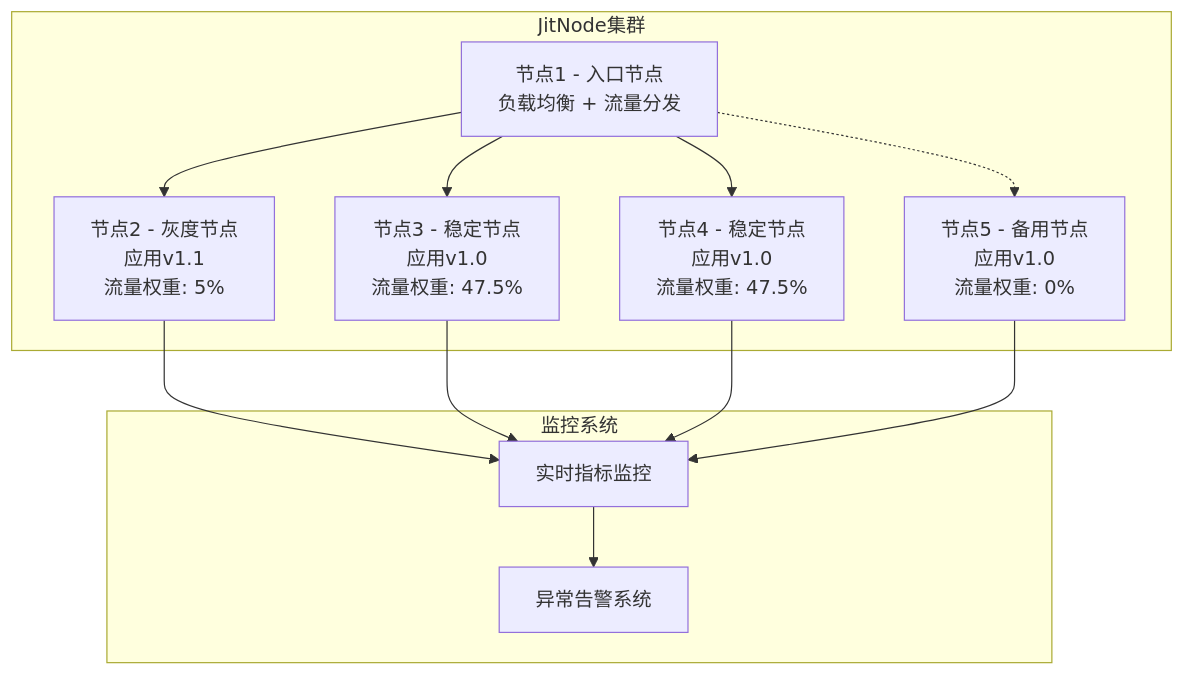
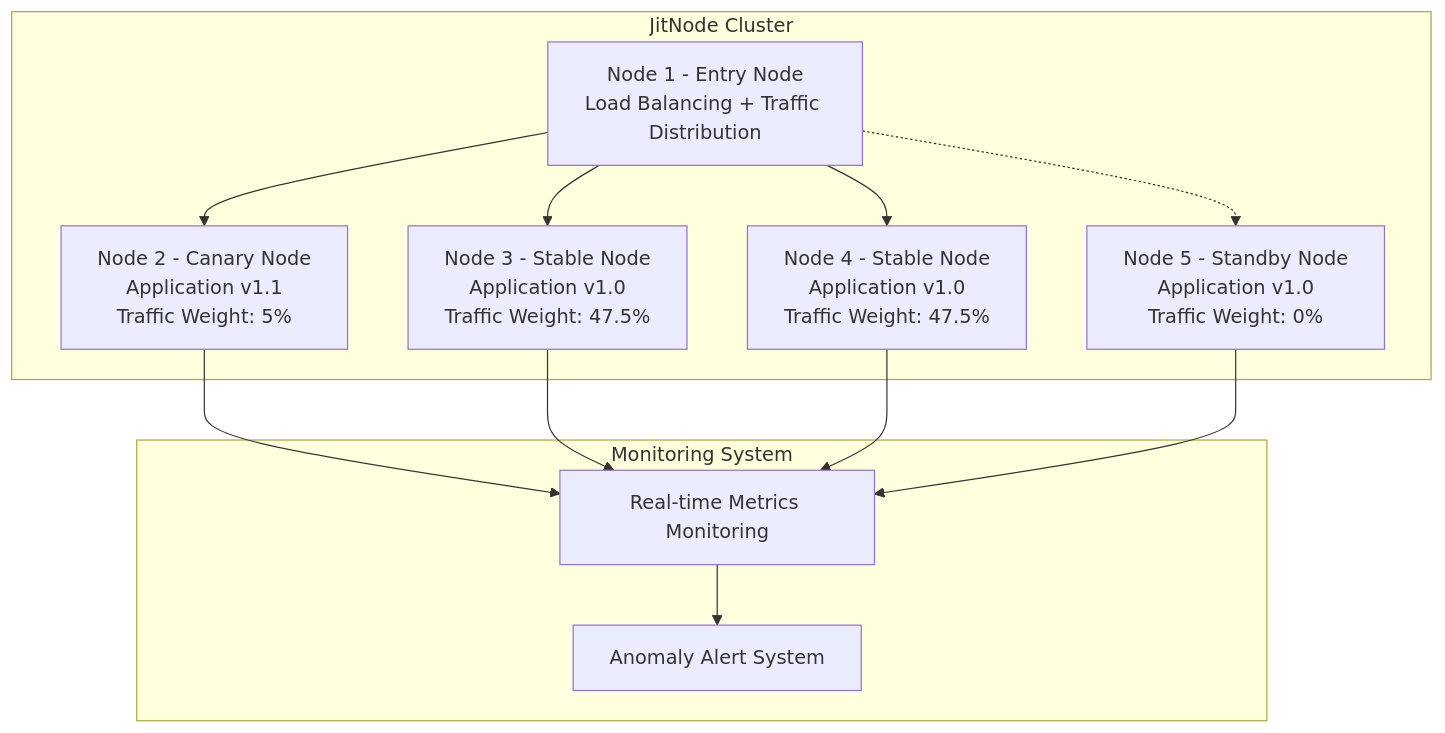
Before and after one commit to jitai-team/jitai-docs: the second of 4 diagrams in docs/devguide/advanced-guide/application-layer-stability-guarantee.md, drawn with Mermaid. The commit also changed other lines of this file and 157 other files, not shown here.

````diff
--- a/docs/devguide/advanced-guide/application-layer-stability-guarantee.md
+++ b/docs/devguide/advanced-guide/application-layer-stability-guarantee.md
@@ -114,27 +114,27 @@
 ```mermaid
 graph TB
-    subgraph "JitNode集群"
-        N1[节点1 - 入口节点<br/>负载均衡 + 流量分发]
-        N2[节点2 - 灰度节点<br/>应用v1.1<br/>流量权重: 5%]
-        N3[节点3 - 稳定节点<br/>应用v1.0<br/>流量权重: 47.5%]
-        N4[节点4 - 稳定节点<br/>应用v1.0<br/>流量权重: 47.5%]
-        N5[节点5 - 备用节点<br/>应用v1.0<br/>流量权重: 0%]
+    subgraph "JitNode Cluster"
+        N1[Node 1 - Entry Node<br/>Load Balancing + Traffic Distribution]
+        N2[Node 2 - Canary Node<br/>Application v1.1<br/>Traffic Weight: 5%]
+        N3[Node 3 - Stable Node<br/>Application v1.0<br/>Traffic Weight: 47.5%]
+        N4[Node 4 - Stable Node<br/>Application v1.0<br/>Traffic Weight: 47.5%]
+        N5[Node 5 - Standby Node<br/>Application v1.0<br/>Traffic Weight: 0%]
     end
     
-    subgraph "监控系统"
-        M1[实时指标监控]
-        M2[异常告警系统]
+    subgraph "Monitoring System"
+        M1[Real-time Metrics Monitoring]
+        M2[Anomaly Alert System]
     end
     
     N1 --> N2
     N1 --> N3
     N1 --> N4
     N1 -.-> N5
     
     N2 --> M1
     N3 --> M1
     N4 --> M1
     N5 --> M1
     
     M1 --> M2
 ```
````
